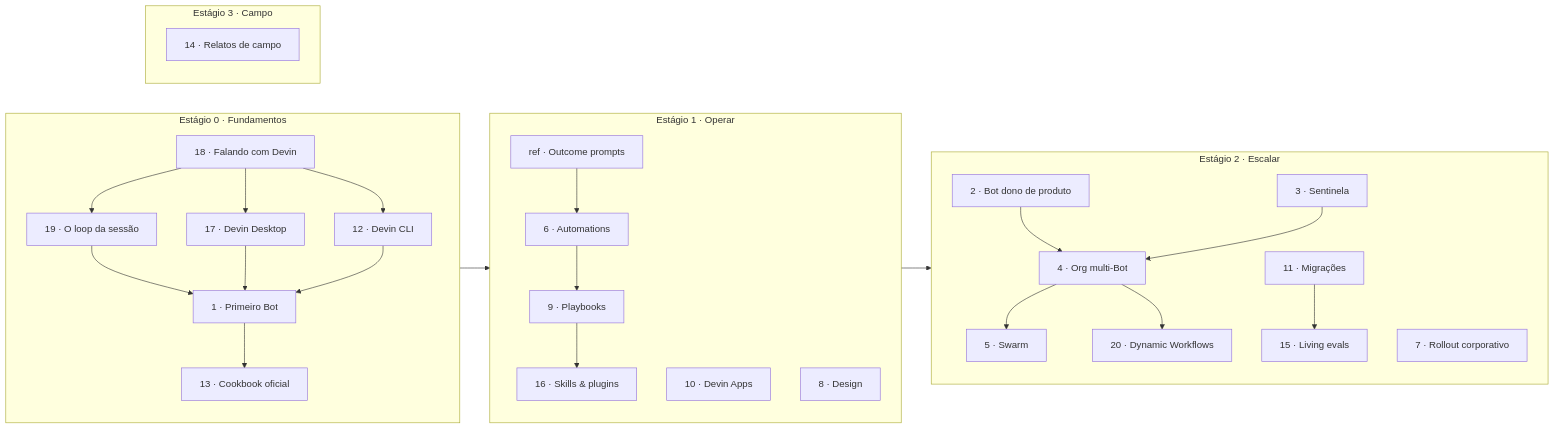
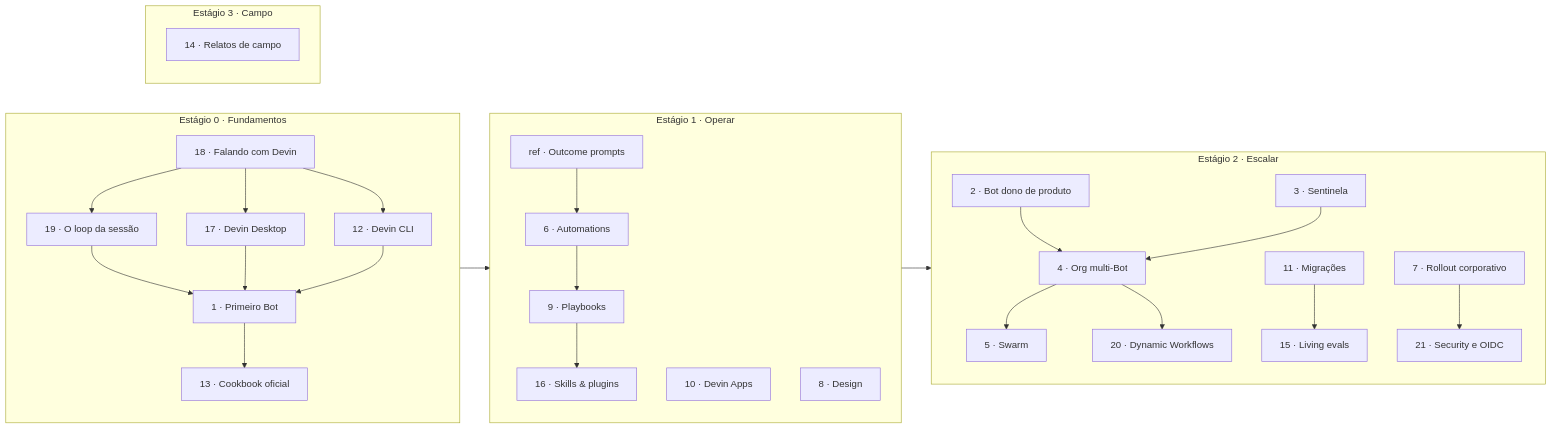
Before and after one commit to Till3005/build-with-devin: the diagram in README.pt.md, drawn with Mermaid. The commit also changed other lines of this file and 7 other files, not shown here.

Commit message:
Add Security Profiles and Cloud OIDC guide

````diff
--- a/README.pt.md
+++ b/README.pt.md
@@ -27,31 +27,32 @@
 ```mermaid
 flowchart LR
     subgraph S0["Estágio 0 · Fundamentos"]
       G18["18 · Falando com Devin"] --> G17["17 · Devin Desktop"]
       G18 --> G12["12 · Devin CLI"]
       G18 --> G19["19 · O loop da sessão"]
       G19 --> G1
       G17 --> G1["1 · Primeiro Bot"]
       G12 --> G1
       G1 --> G13["13 · Cookbook oficial"]
     end
     subgraph S1["Estágio 1 · Operar"]
       GP["ref · Outcome prompts"] --> G6["6 · Automations"]
       G6 --> G9["9 · Playbooks"]
       G9 --> G16["16 · Skills & plugins"]
       G10["10 · Devin Apps"]
       G8["8 · Design"]
     end
     subgraph S2["Estágio 2 · Escalar"]
       G2["2 · Bot dono de produto"] --> G4["4 · Org multi-Bot"]
       G3["3 · Sentinela"] --> G4
       G4 --> G5["5 · Swarm"]
       G11["11 · Migrações"] --> G15["15 · Living evals"]
       G7["7 · Rollout corporativo"]
       G4 --> G20["20 · Dynamic Workflows"]
+      G7 --> G21["21 · Security e OIDC"]
     end
     subgraph S3["Estágio 3 · Campo"]
       G14["14 · Relatos de campo"]
     end
     S0 --> S1 --> S2
 ```
````
